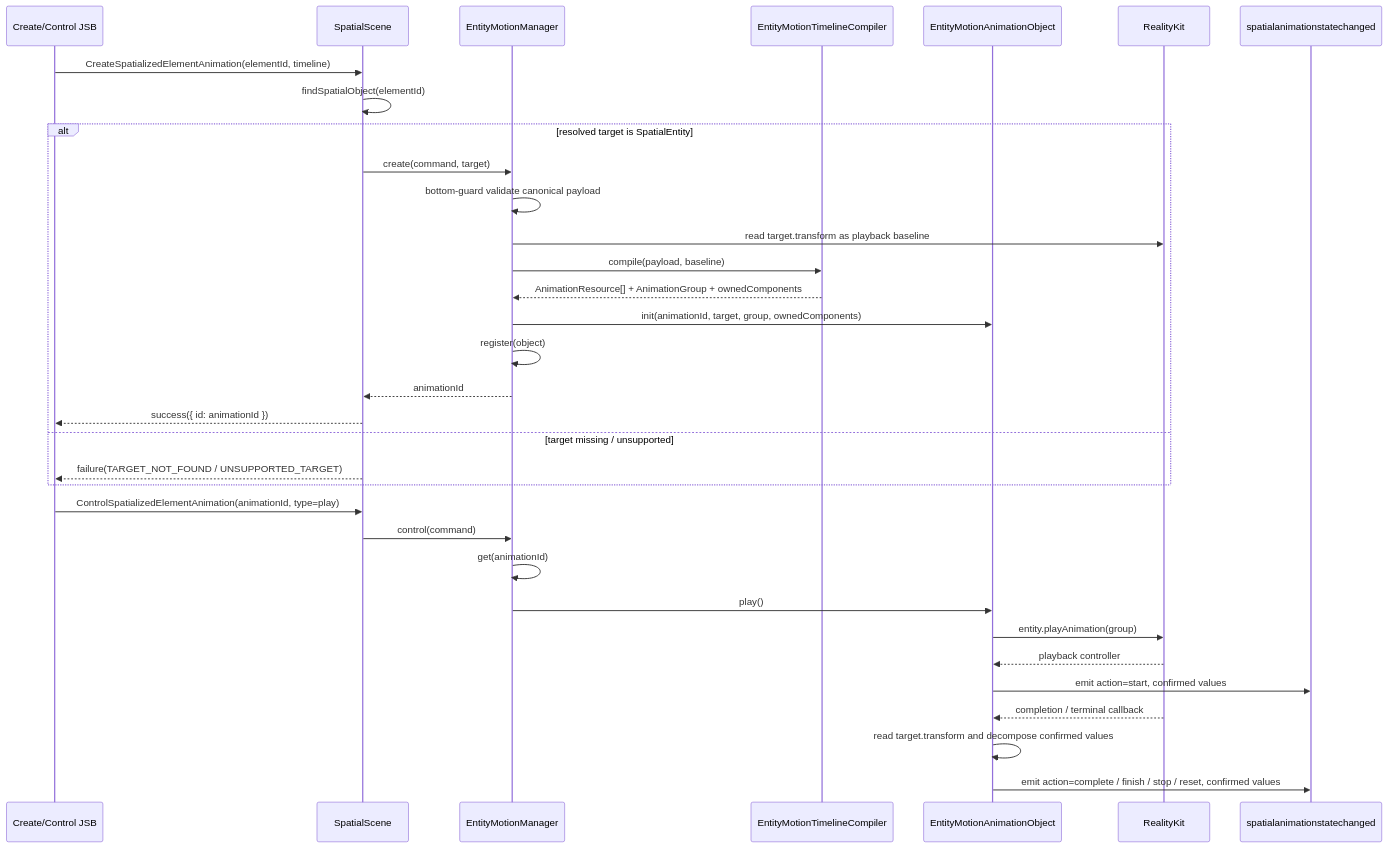
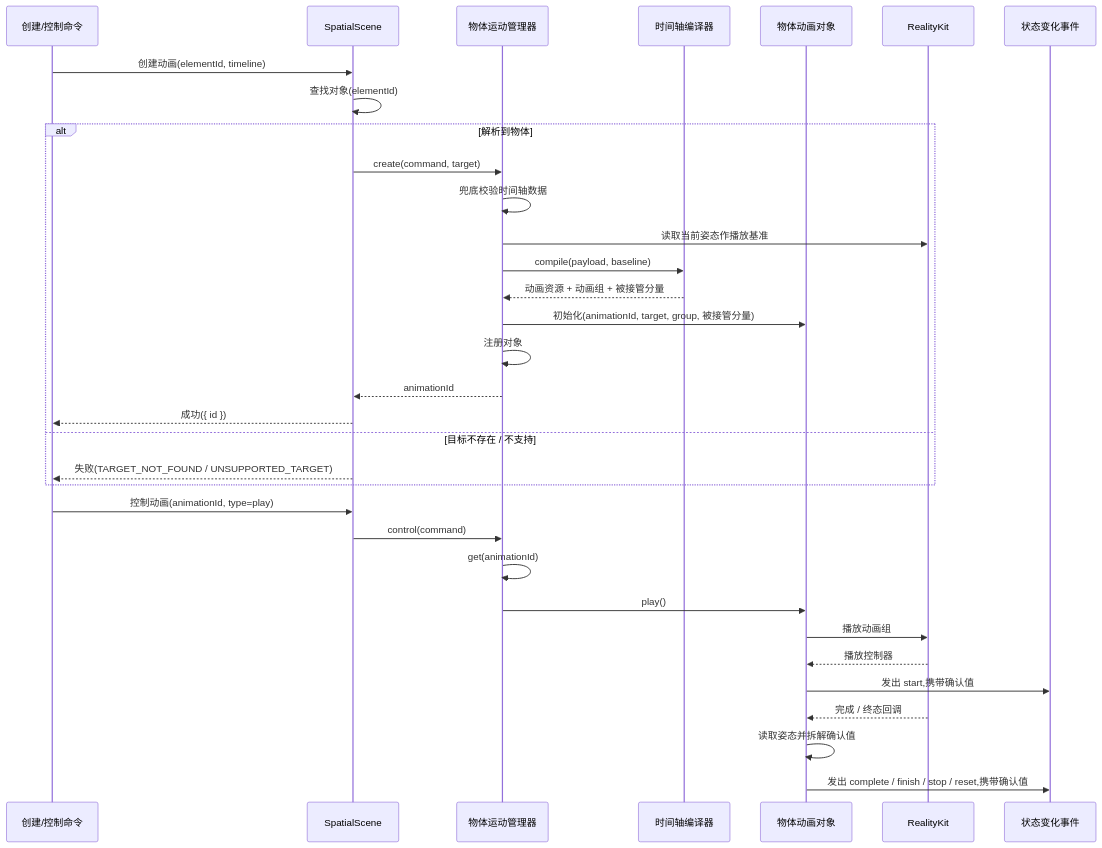
The eighth of 11 diagrams in openspec/changes/redesign-entity-motion-api/design.zh.md (webspatial/webspatial-sdk), drawn with Mermaid before and after one commit. The commit also changed other lines of this file and 7 other files, not shown here.

````diff
--- a/openspec/changes/redesign-entity-motion-api/design.zh.md
+++ b/openspec/changes/redesign-entity-motion-api/design.zh.md
@@ -692,37 +862,37 @@
 ```mermaid
 sequenceDiagram
-    participant JSB as Create/Control JSB
+    participant JSB as 创建/控制命令
     participant Scene as SpatialScene
-    participant Manager as EntityMotionManager
-    participant Compiler as EntityMotionTimelineCompiler
-    participant Obj as EntityMotionAnimationObject
+    participant Manager as 物体运动管理器
+    participant Compiler as 时间轴编译器
+    participant Obj as 物体动画对象
     participant RK as RealityKit
-    participant Event as spatialanimationstatechanged
+    participant Event as 状态变化事件
 
-    JSB->>Scene: CreateSpatializedElementAnimation(elementId, timeline)
-    Scene->>Scene: findSpatialObject(elementId)
-    alt resolved target is SpatialEntity
+    JSB->>Scene: 创建动画(elementId, timeline)
+    Scene->>Scene: 查找对象(elementId)
+    alt 解析到物体
         Scene->>Manager: create(command, target)
-        Manager->>Manager: bottom-guard validate canonical payload
-        Manager->>RK: read target.transform as playback baseline
+        Manager->>Manager: 兜底校验时间轴数据
+        Manager->>RK: 读取当前姿态作播放基准
         Manager->>Compiler: compile(payload, baseline)
-        Compiler-->>Manager: AnimationResource[] + AnimationGroup + ownedComponents
-        Manager->>Obj: init(animationId, target, group, ownedComponents)
-        Manager->>Manager: register(object)
+        Compiler-->>Manager: 动画资源 + 动画组 + 被接管分量
+        Manager->>Obj: 初始化(animationId, target, group, 被接管分量)
+        Manager->>Manager: 注册对象
         Manager-->>Scene: animationId
-        Scene-->>JSB: success({ id: animationId })
-    else target missing / unsupported
-        Scene-->>JSB: failure(TARGET_NOT_FOUND / UNSUPPORTED_TARGET)
+        Scene-->>JSB: 成功({ id })
+    else 目标不存在 / 不支持
+        Scene-->>JSB: 失败(TARGET_NOT_FOUND / UNSUPPORTED_TARGET)
     end
 
-    JSB->>Scene: ControlSpatializedElementAnimation(animationId, type=play)
+    JSB->>Scene: 控制动画(animationId, type=play)
     Scene->>Manager: control(command)
     Manager->>Manager: get(animationId)
     Manager->>Obj: play()
-    Obj->>RK: entity.playAnimation(group)
-    RK-->>Obj: playback controller
-    Obj->>Event: emit action=start, confirmed values
-    RK-->>Obj: completion / terminal callback
-    Obj->>Obj: read target.transform and decompose confirmed values
-    Obj->>Event: emit action=complete / finish / stop / reset, confirmed values
+    Obj->>RK: 播放动画组
+    RK-->>Obj: 播放控制器
+    Obj->>Event: 发出 start,携带确认值
+    RK-->>Obj: 完成 / 终态回调
+    Obj->>Obj: 读取姿态并拆解确认值
+    Obj->>Event: 发出 complete / finish / stop / reset,携带确认值
 ```
````
